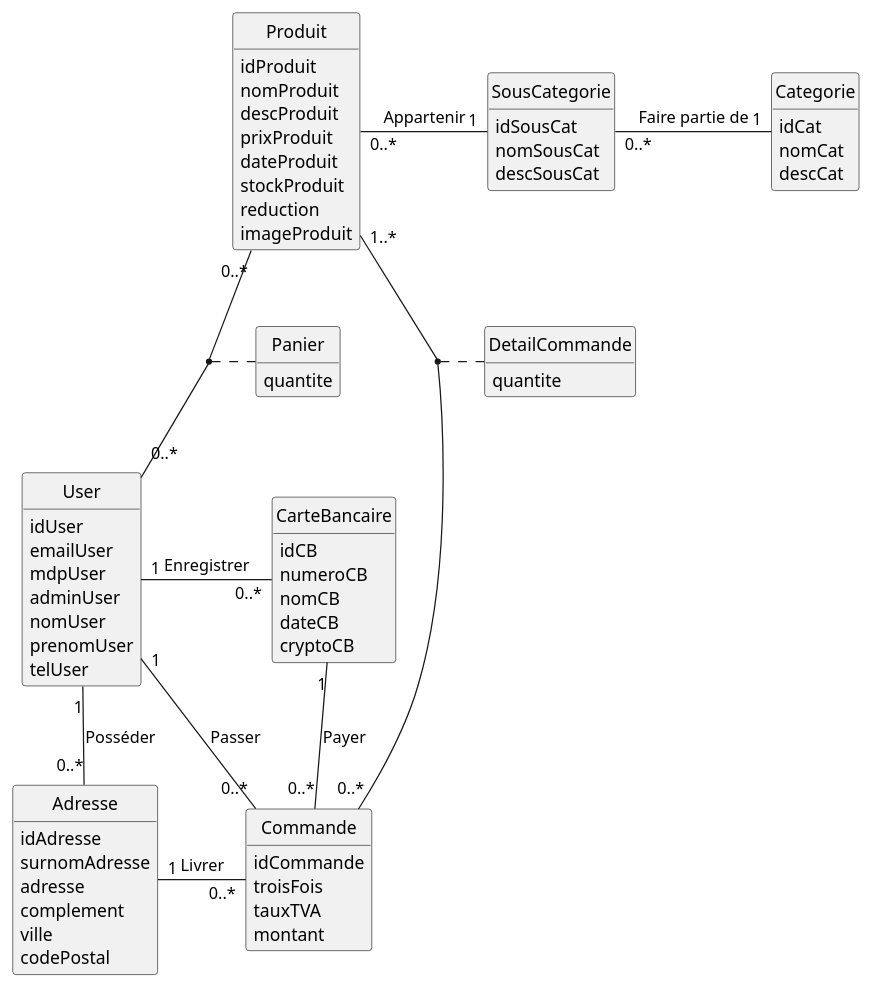
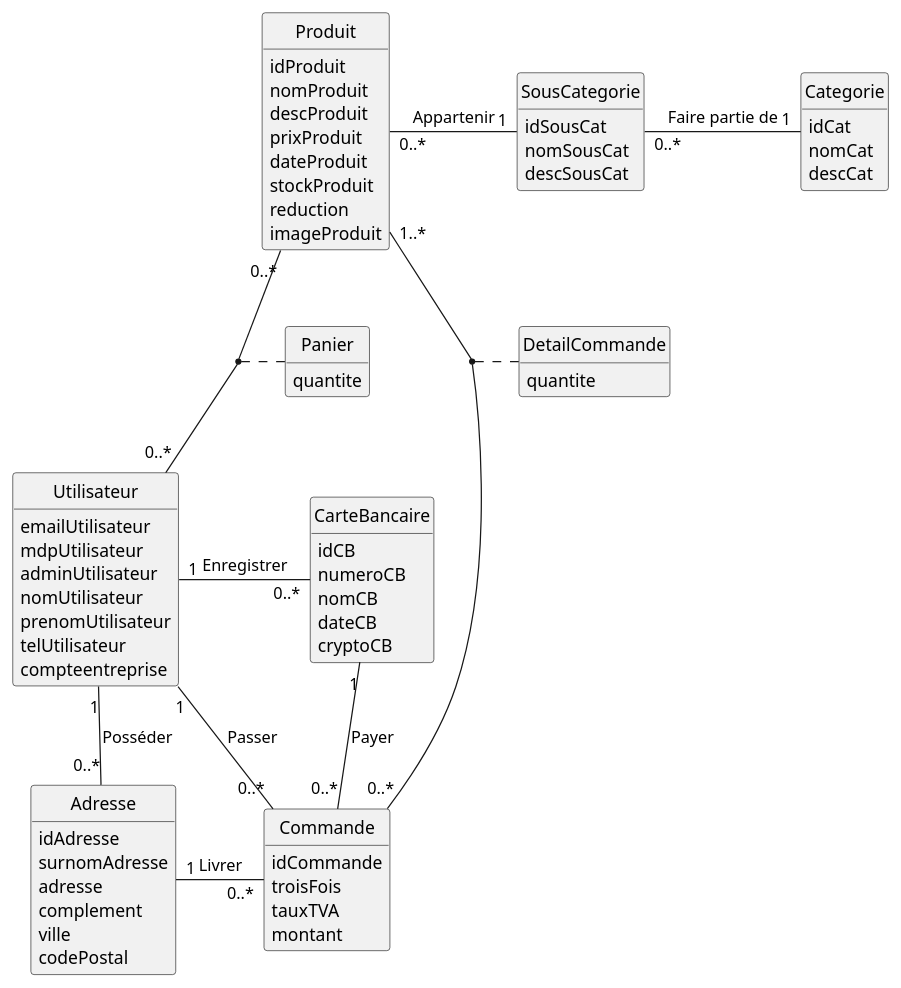
Before and after one commit to IUT-Blagnac/sae3-01-devapp-g2a-9: the diagram in bd/dc.plantuml, drawn with PlantUML.

```diff
--- a/bd/dc.plantuml
+++ b/bd/dc.plantuml
@@ -1,79 +1,79 @@
 @startuml
 class Produit{
     idProduit
     nomProduit
     descProduit
     prixProduit
     dateProduit
     stockProduit
     reduction
     imageProduit
 }
 class Categorie{
     idCat
     nomCat
     descCat
 }
 class SousCategorie{
     idSousCat
     nomSousCat
     descSousCat
 }
 class DetailCommande{
     quantite    
 }
 class Commande{
     idCommande
     troisFois
     tauxTVA
     montant
 }
-class User{
-    idUser
-    emailUser
-    mdpUser
-    adminUser
-    nomUser
-    prenomUser
-    telUser
+class Utilisateur {
+    emailUtilisateur
+    mdpUtilisateur
+    adminUtilisateur
+    nomUtilisateur
+    prenomUtilisateur
+    telUtilisateur
+    compteentreprise
 }
 class Adresse{
     idAdresse
     surnomAdresse
     adresse
     complement
     ville
     codePostal
 }
 class CarteBancaire{
     idCB
     numeroCB
     nomCB
     dateCB
     cryptoCB
 }
 class Panier {
     quantite
 }
 
 Produit "0..*" - "1" SousCategorie : Appartenir
 SousCategorie "0..*" - "1" Categorie : Faire partie de
 Produit "1..*" -- "0..*" Commande
 (Commande, Produit) .. DetailCommande
 
-User "1" - "0..*" Commande : Passer
+Utilisateur "1" - "0..*" Commande : Passer
 Adresse "1" - "0..*" Commande : Livrer
 CarteBancaire "1" -- "0..*" Commande : Payer
 
-User "1" -- "0..*" Adresse : Posséder
-User "1" - "0..*" CarteBancaire  : Enregistrer
+Utilisateur "1" -- "0..*" Adresse : Posséder
+Utilisateur "1" - "0..*" CarteBancaire  : Enregistrer
 
-Produit "0..*" -- "0..*" User
-(User, Produit) .. Panier
+Produit "0..*" -- "0..*" Utilisateur
+(Utilisateur, Produit) .. Panier
 
 
 
 
 hide empty methods
 hide circle
 @enduml
```
